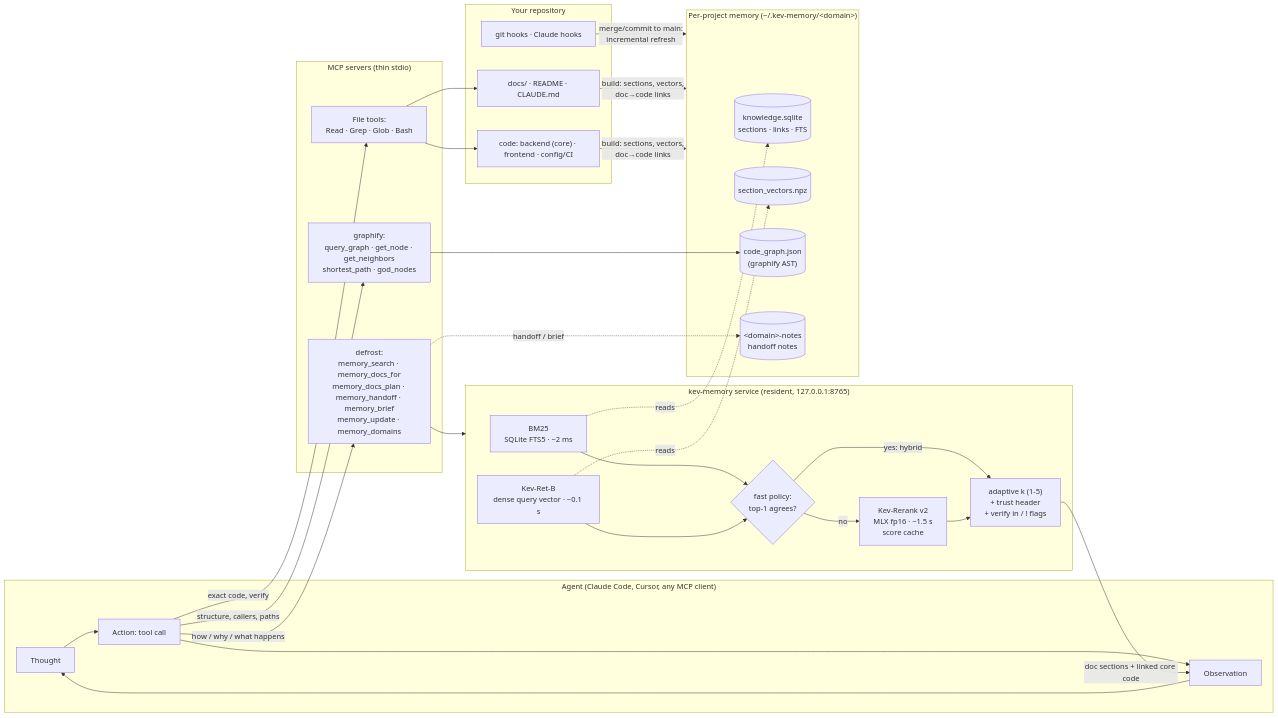
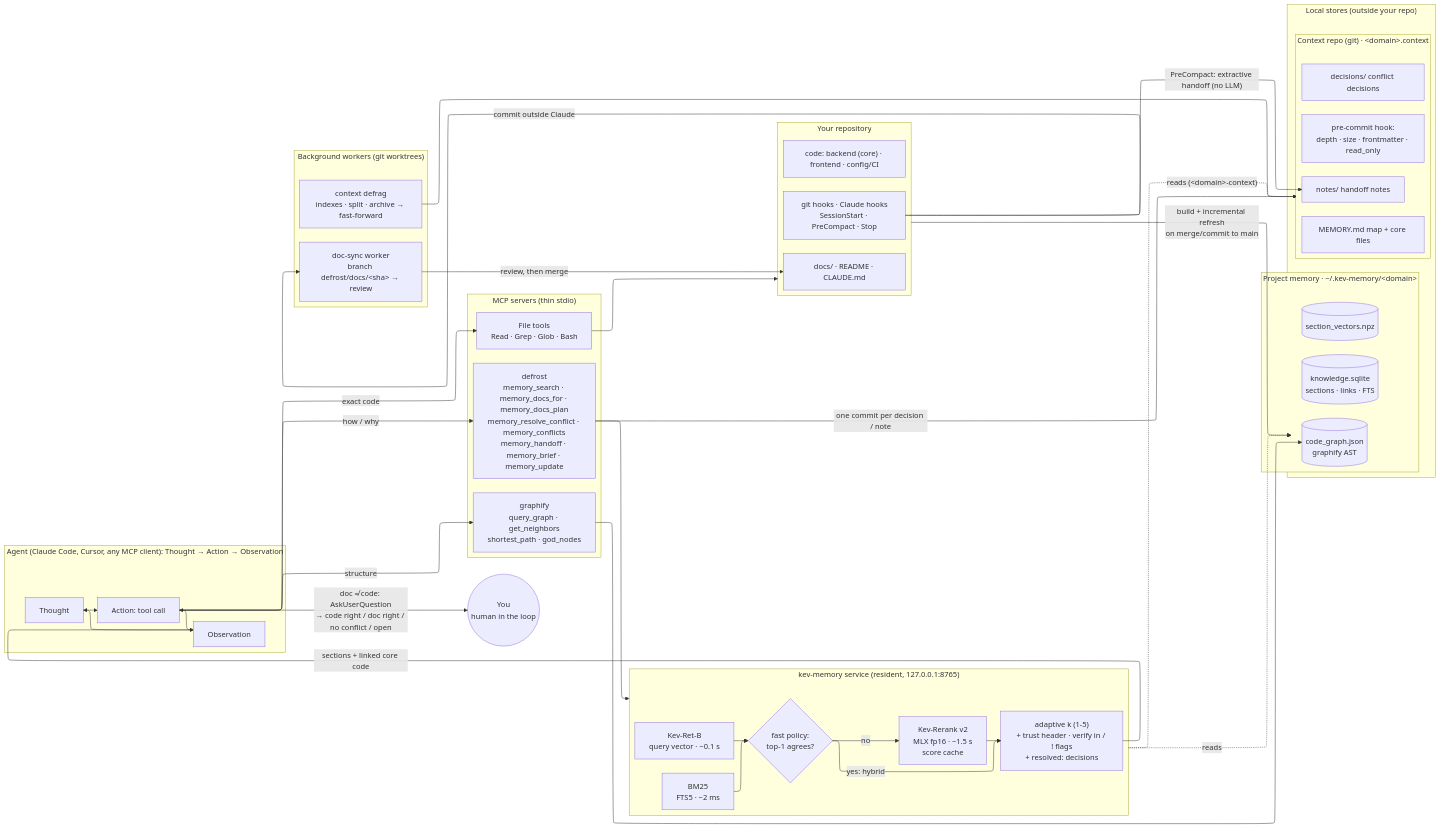
One commit to Signaturi4/defrost-ai changed the first of 2 diagrams in docs/AGENT_LOOP.md. Above: the diagram before and after it, drawn with Mermaid. The commit also changed other lines of this file and 4 other files, not shown here.

Commit message:
docs: agent loop diagrams with human-in-the-loop conflicts, git-backed context repo, worktree workers, PreCompact handoff (ELK layout, svg + png)

````diff
--- a/docs/AGENT_LOOP.md
+++ b/docs/AGENT_LOOP.md
@@ -12,52 +14,75 @@
 ```mermaid
+---
+config:
+  layout: elk
+  elk:
+    mergeEdges: true
+    nodePlacementStrategy: BRANDES_KOEPF
+---
 flowchart LR
-    subgraph Agent["Agent (Claude Code, Cursor, any MCP client)"]
-        T[Thought] --> A[Action: tool call]
-        A --> O[Observation]
-        O --> T
+    subgraph Agent["Agent (Claude Code, Cursor, any MCP client): Thought → Action → Observation"]
+        direction LR
+        T[Thought] --> A[Action: tool call] --> O[Observation] --> T
     end
+    U(("You<br/>human in the loop"))
 
     subgraph MCP["MCP servers (thin stdio)"]
-        M1["defrost:<br/>memory_search · memory_docs_for<br/>memory_docs_plan · memory_handoff · memory_brief<br/>memory_update · memory_domains"]
-        M2["graphify:<br/>query_graph · get_node · get_neighbors<br/>shortest_path · god_nodes"]
-        F["File tools:<br/>Read · Grep · Glob · Bash"]
+        direction LR
+        M1["defrost<br/>memory_search · memory_docs_for · memory_docs_plan<br/>memory_resolve_conflict · memory_conflicts<br/>memory_handoff · memory_brief · memory_update"]
+        M2["graphify<br/>query_graph · get_neighbors<br/>shortest_path · god_nodes"]
+        F["File tools<br/>Read · Grep · Glob · Bash"]
     end
 
     subgraph Service["kev-memory service (resident, 127.0.0.1:8765)"]
-        S1["BM25<br/>SQLite FTS5 · ~2 ms"]
-        S2["Kev-Ret-B<br/>dense query vector · ~0.1 s"]
-        P{"fast policy:<br/>top-1 agrees?"}
-        S3["Kev-Rerank v2<br/>MLX fp16 · ~1.5 s<br/>score cache"]
-        K["adaptive k (1-5)<br/>+ trust header<br/>+ verify in / ! flags"]
-        S1 --> P
-        S2 --> P
+        direction LR
+        S1["BM25<br/>FTS5 · ~2 ms"] --> P{"fast policy:<br/>top-1 agrees?"}
+        S2["Kev-Ret-B<br/>query vector · ~0.1 s"] --> P
         P -- "yes: hybrid" --> K
-        P -- "no" --> S3 --> K
+        P -- "no" --> S3["Kev-Rerank v2<br/>MLX fp16 · ~1.5 s<br/>score cache"] --> K["adaptive k (1-5)<br/>+ trust header · verify in / ! flags<br/>+ resolved: decisions"]
     end
 
-    subgraph Store["Per-project memory (~/.kev-memory/&lt;domain&gt;)"]
-        D1[("knowledge.sqlite<br/>sections · links · FTS")]
-        D2[("section_vectors.npz")]
-        D3[("code_graph.json<br/>(graphify AST)")]
-        D4[("&lt;domain&gt;-notes<br/>handoff notes")]
+    subgraph Stores["Local stores (outside your repo)"]
+        direction LR
+        subgraph Store["Project memory · ~/.kev-memory/&lt;domain&gt;"]
+            D1[("knowledge.sqlite<br/>sections · links · FTS")]
+            D2[("section_vectors.npz")]
+            D3[("code_graph.json<br/>graphify AST")]
+        end
+        subgraph Ctx["Context repo (git) · &lt;domain&gt;.context"]
+            C0["MEMORY.md map + core files"]
+            C1["notes/ handoff notes"]
+            C2["decisions/ conflict decisions"]
+            C3["pre-commit hook:<br/>depth · size · frontmatter · read_only"]
+        end
     end
 
     subgraph Repo["Your repository"]
+        direction LR
         R1["docs/ · README · CLAUDE.md"]
         R2["code: backend (core) · frontend · config/CI"]
-        R3["git hooks · Claude hooks"]
+        R3["git hooks · Claude hooks<br/>SessionStart · PreCompact · Stop"]
     end
 
-    A -->|how / why / what happens| M1
-    A -->|structure, callers, paths| M2
-    A -->|exact code, verify| F
+    subgraph Workers["Background workers (git worktrees)"]
+        direction LR
+        W1["doc-sync worker<br/>branch defrost/docs/&lt;sha&gt; → review"]
+        W2["context defrag<br/>indexes · split · archive → fast-forward"]
+    end
+
+    A -->|"how / why"| M1
+    A -->|"structure"| M2
+    A -->|"exact code"| F
+    A <-->|"doc ≠ code: AskUserQuestion<br/>→ code right / doc right / no conflict / open"| U
     M1 --> Service
-    S1 -. reads .-> D1
-    S2 -. reads .-> D2
-    K -->|"doc sections + linked core code"| O
+    K -->|"sections + linked core code"| O
+    Service -. reads .-> Store
+    Service -. "reads (&lt;domain&gt;-context)" .-> Ctx
     M2 --> D3
-    F --> R1 & R2
-    R3 -->|"merge/commit to main:<br/>incremental refresh"| Store
-    R1 & R2 -->|"build: sections, vectors,<br/>doc→code links"| Store
-    M1 -.->|handoff / brief| D4
+    M1 -->|"one commit per decision / note"| Ctx
+    F --> Repo
+    Repo -->|"build + incremental refresh<br/>on merge/commit to main"| Store
+    R3 -->|"PreCompact: extractive handoff (no LLM)"| C1
+    R3 -->|"commit outside Claude"| W1
+    W1 -->|"review, then merge"| R1
+    W2 --> Ctx
 ```
````
